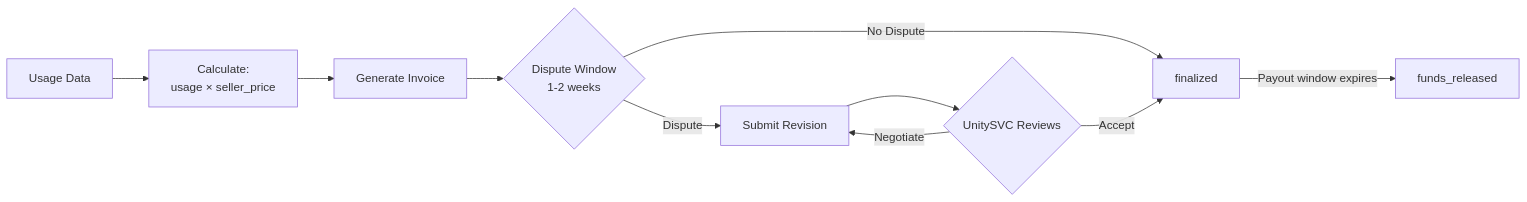
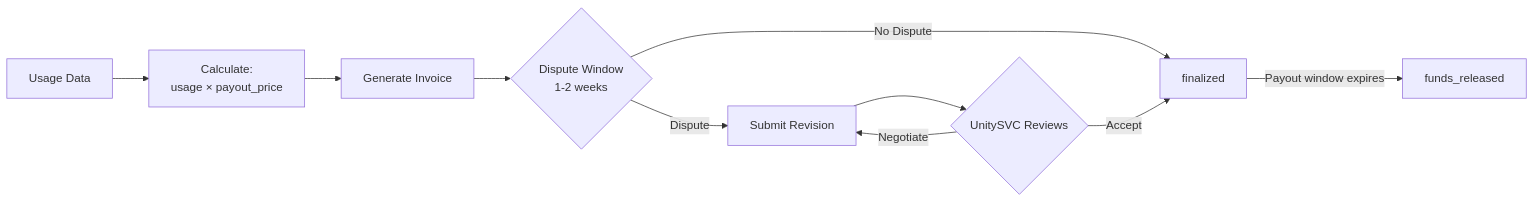
The third of 4 diagrams in docs/seller-lifecycle.md (unitysvc/unitysvc-services), drawn with Mermaid before and after one commit. The commit also changed other lines of this file and 16 other files, not shown here.

Commit message:
rename seller price to payout price , customer price to list price

````diff
--- a/docs/seller-lifecycle.md
+++ b/docs/seller-lifecycle.md
@@ -93,12 +93,12 @@
 ```mermaid
 flowchart LR
-    A[Usage Data] --> B[Calculate:<br/>usage × seller_price]
+    A[Usage Data] --> B[Calculate:<br/>usage × payout_price]
     B --> C[Generate Invoice]
     C --> D{Dispute Window<br/>1-2 weeks}
     D -->|No Dispute| E[finalized]
     D -->|Dispute| F[Submit Revision]
     F --> G{UnitySVC Reviews}
     G -->|Accept| E
     G -->|Negotiate| F
     E -->|Payout window expires| H[funds_released]
 ```
````
